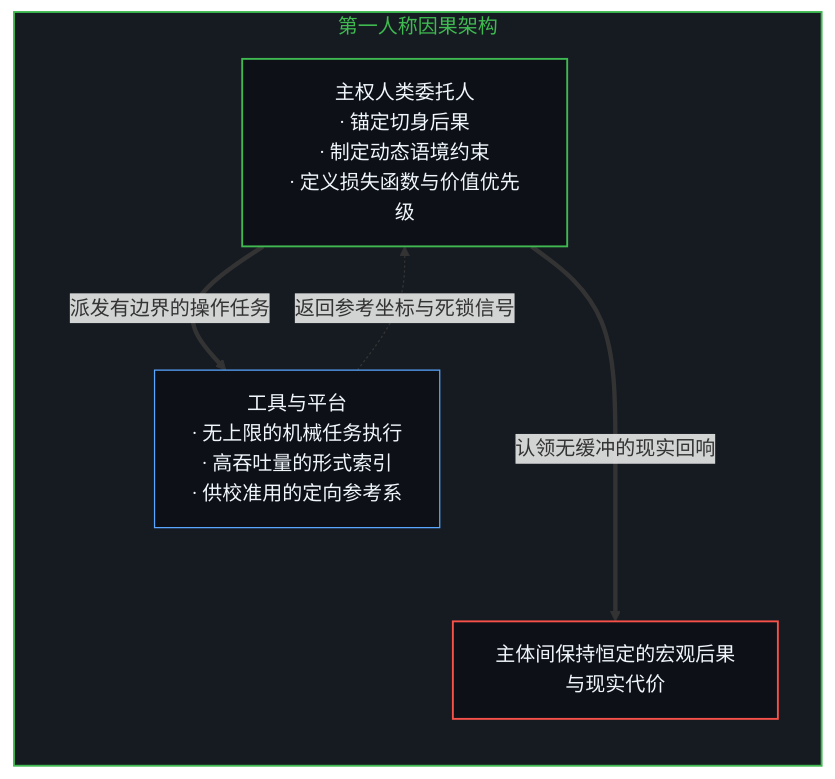
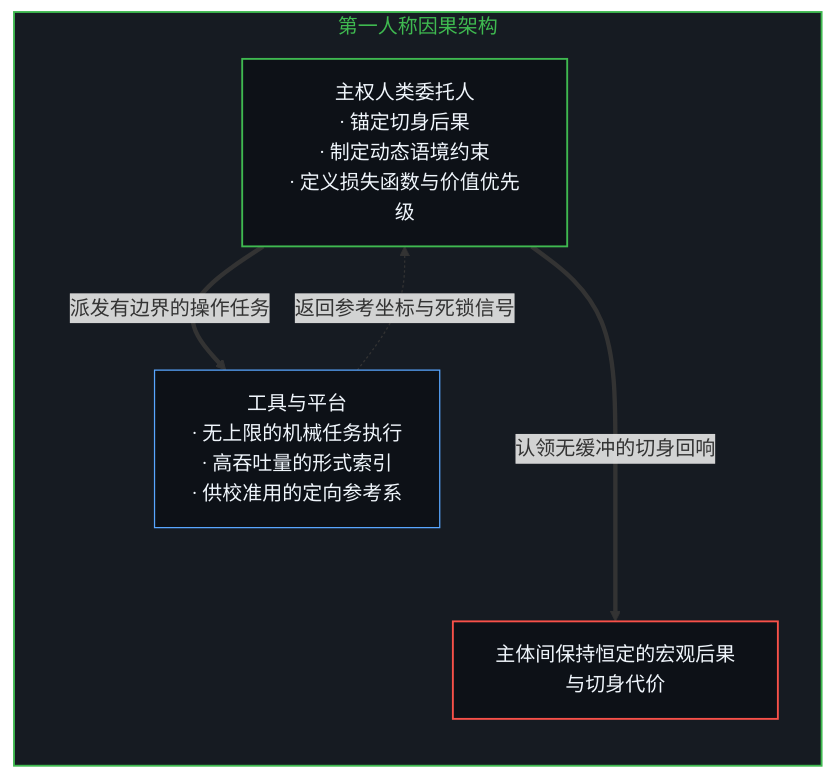
One commit to powerpig99/not-a-toe changed diagram 11 of 12 in content/posts/the-delegation-of-the-task-and-the-inalienability-of-consequences.md. Above: the diagram before and after it, drawn with Mermaid. The commit also changed other lines of this file and 21 other files, not shown here.

````diff
--- a/content/posts/the-delegation-of-the-task-and-the-inalienability-of-consequences.md
+++ b/content/posts/the-delegation-of-the-task-and-the-inalienability-of-consequences.md
@@ -367,15 +367,15 @@
 ```mermaid
 flowchart TD
     subgraph S_Hierarchy["第一人称因果架构"]
         direction TB
         H["主权人类委托人<br/>· 锚定切身后果<br/>· 制定动态语境约束<br/>· 定义损失函数与价值优先级"]
         T["工具与平台<br/>· 无上限的机械任务执行<br/>· 高吞吐量的形式索引<br/>· 供校准用的定向参考系"]
         H ==>|"派发有边界的操作任务"| T
         T -.->|"返回参考坐标与死锁信号"| H
-        H ===>|"认领无缓冲的现实回响"| R["主体间保持恒定的宏观后果与现实代价"]
+        H ===>|"认领无缓冲的切身回响"| R["主体间保持恒定的宏观后果与切身代价"]
     end
     style S_Hierarchy fill:#161b22,stroke:#3fb950,stroke-width:1.5px,color:#3fb950
     style H fill:#0d1117,stroke:#3fb950,stroke-width:1.5px,color:#f0f6fc
     style T fill:#0d1117,stroke:#58a6ff,stroke-width:1px,color:#f0f6fc
     style R fill:#0d1117,stroke:#f85149,stroke-width:1.5px,color:#f0f6fc
 ```
````
